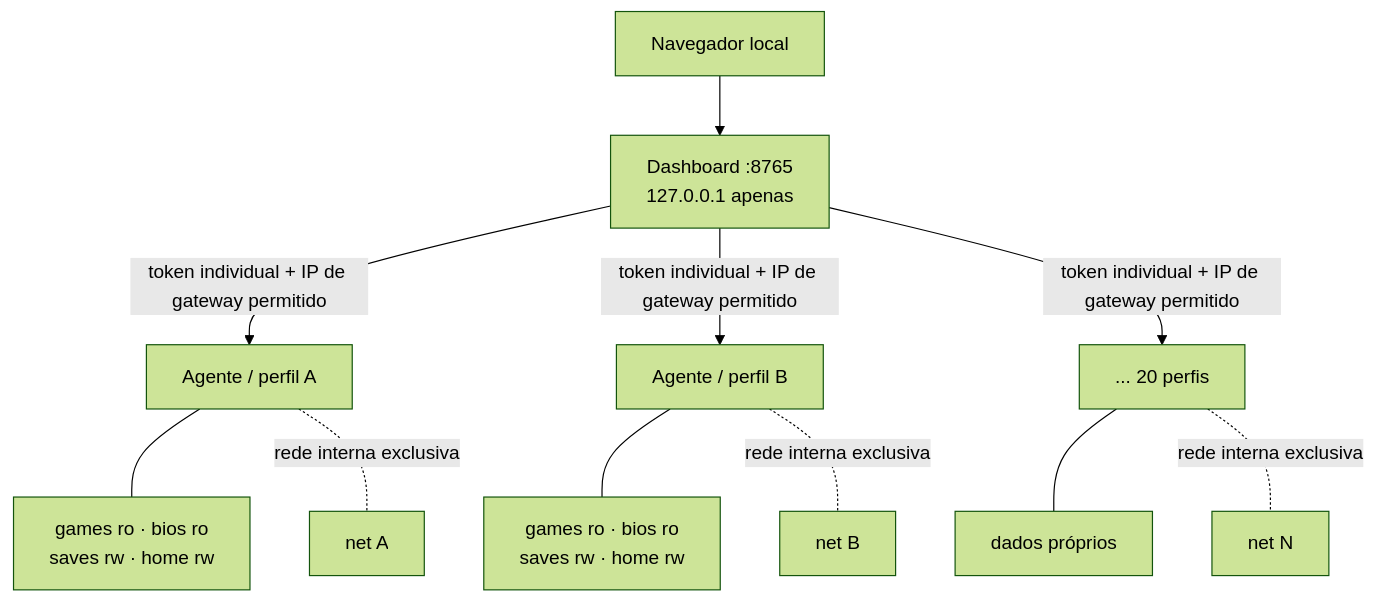
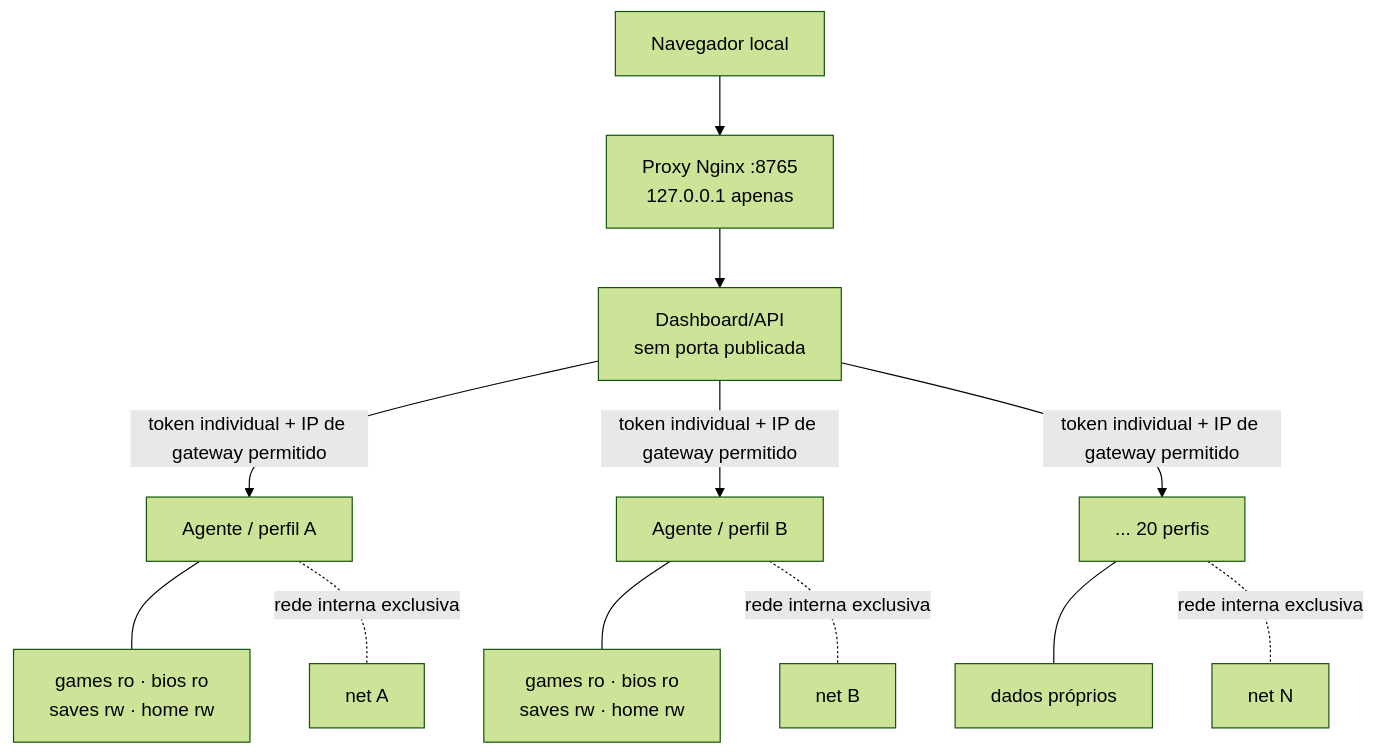
The diagram in README.md (joao-henrike/EmuStack), drawn with Mermaid (forest theme) before and after one commit. The commit also changed other lines of this file, not shown here.

Commit message:
docs(readme): document isolated loopback proxy architecture

````diff
--- a/README.md
+++ b/README.md
@@ -88,15 +88,16 @@
 ```mermaid
 flowchart TB
     Browser["Navegador local"]
-    Dashboard["Dashboard :8765<br/>127.0.0.1 apenas"]
-    Browser --> Dashboard
+    Proxy["Proxy Nginx :8765<br/>127.0.0.1 apenas"]
+    Dashboard["Dashboard/API<br/>sem porta publicada"]
+    Browser --> Proxy --> Dashboard
     Dashboard -->|"token individual + IP de gateway permitido"| A1["Agente / perfil A"]
     Dashboard -->|"token individual + IP de gateway permitido"| A2["Agente / perfil B"]
     Dashboard -->|"token individual + IP de gateway permitido"| AN["... 20 perfis"]
     A1 --- D1["games ro · bios ro<br/>saves rw · home rw"]
     A2 --- D2["games ro · bios ro<br/>saves rw · home rw"]
     AN --- DN["dados próprios"]
     A1 -. "rede interna exclusiva" .- N1["net A"]
     A2 -. "rede interna exclusiva" .- N2["net B"]
     AN -. "rede interna exclusiva" .- NN["net N"]
 ```
````
